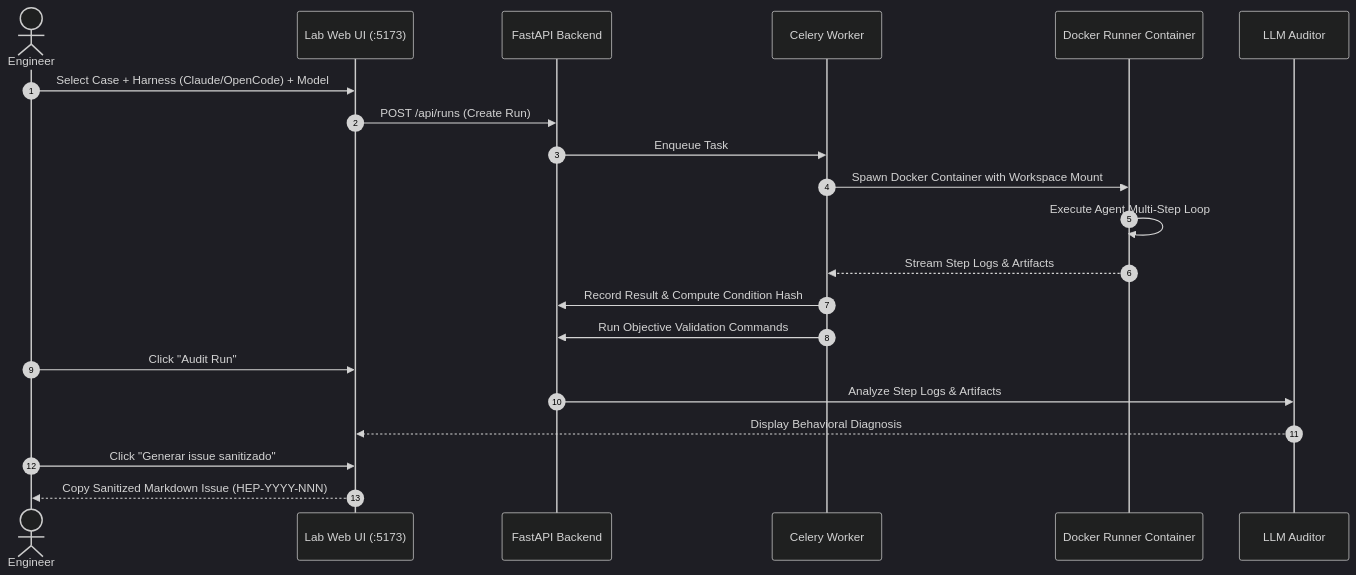
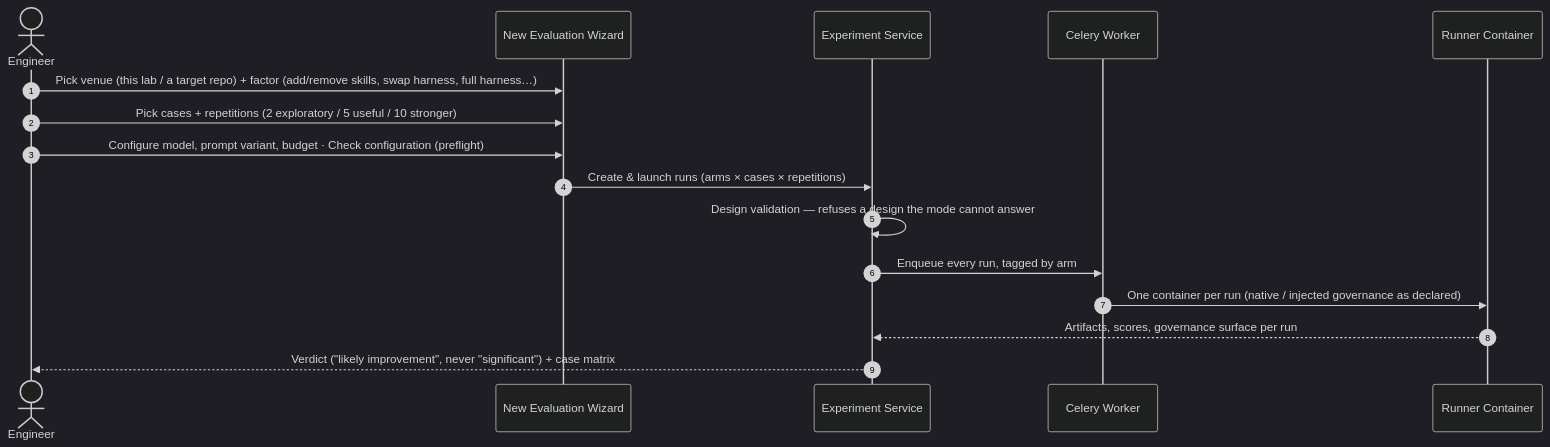
One commit to marcosdh1987/harness-engineering-guide changed the first of 3 diagrams in docs/en/reference-implementation/ai-agentic-harness-lab/evaluation-workflow.md. Above: the diagram before and after it, drawn with Mermaid (dark theme). The commit also changed other lines of this file and 18 other files, not shown here.

````diff
--- a/docs/en/reference-implementation/ai-agentic-harness-lab/evaluation-workflow.md
+++ b/docs/en/reference-implementation/ai-agentic-harness-lab/evaluation-workflow.md
@@ -9,24 +11,19 @@
 ```mermaid
 sequenceDiagram
     autonumber
     actor User as Engineer
-    participant UI as Lab Web UI (:5173)
-    participant API as FastAPI Backend
+    participant UI as New Evaluation Wizard
+    participant API as Experiment Service
     participant Worker as Celery Worker
-    participant Runner as Docker Runner Container
-    participant LLM as LLM Auditor
+    participant Runner as Runner Container
 
-    User->>UI: Select Case + Harness (Claude/OpenCode) + Model
-    UI->>API: POST /api/runs (Create Run)
-    API->>Worker: Enqueue Task
-    Worker->>Runner: Spawn Docker Container with Workspace Mount
-    Runner->>Runner: Execute Agent Multi-Step Loop
-    Runner-->>Worker: Stream Step Logs & Artifacts
-    Worker->>API: Record Result & Compute Condition Hash
-    Worker->>API: Run Objective Validation Commands
-    User->>UI: Click "Audit Run"
-    API->>LLM: Analyze Step Logs & Artifacts
-    LLM-->>UI: Display Behavioral Diagnosis
-    User->>UI: Click "Generar issue sanitizado"
-    UI-->>User: Copy Sanitized Markdown Issue (HEP-YYYY-NNN)
+    User->>UI: Pick venue (this lab / a target repo) + factor (add/remove skills, swap harness, full harness…)
+    User->>UI: Pick cases + repetitions (2 exploratory / 5 useful / 10 stronger)
+    User->>UI: Configure model, prompt variant, budget · Check configuration (preflight)
+    UI->>API: Create & launch runs (arms × cases × repetitions)
+    API->>API: Design validation — refuses a design the mode cannot answer
+    API->>Worker: Enqueue every run, tagged by arm
+    Worker->>Runner: One container per run (native / injected governance as declared)
+    Runner-->>API: Artifacts, scores, governance surface per run
+    API-->>User: Verdict ("likely improvement", never "significant") + case matrix
 ```
````
